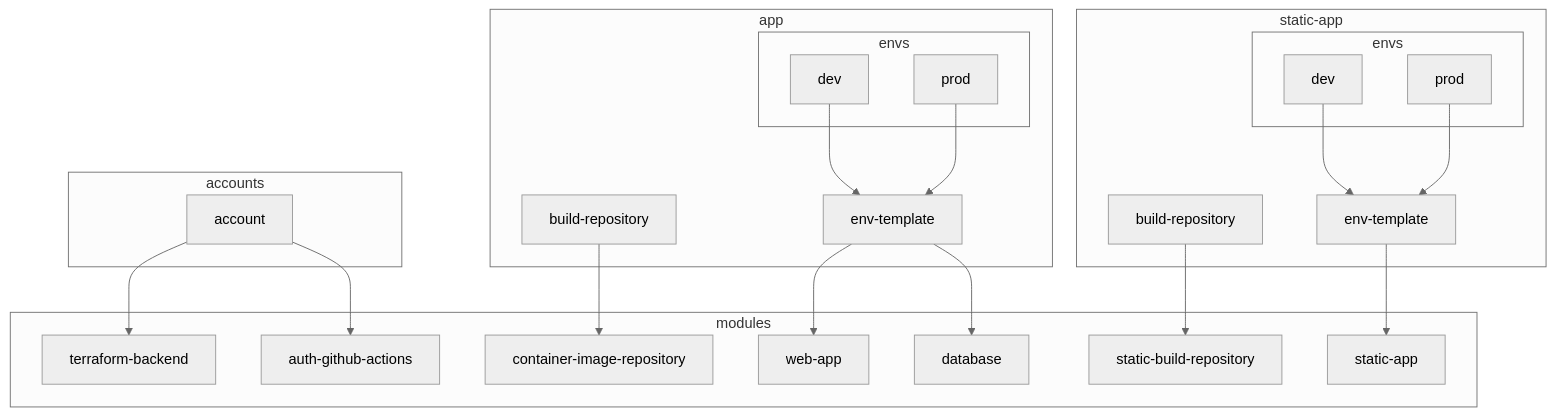
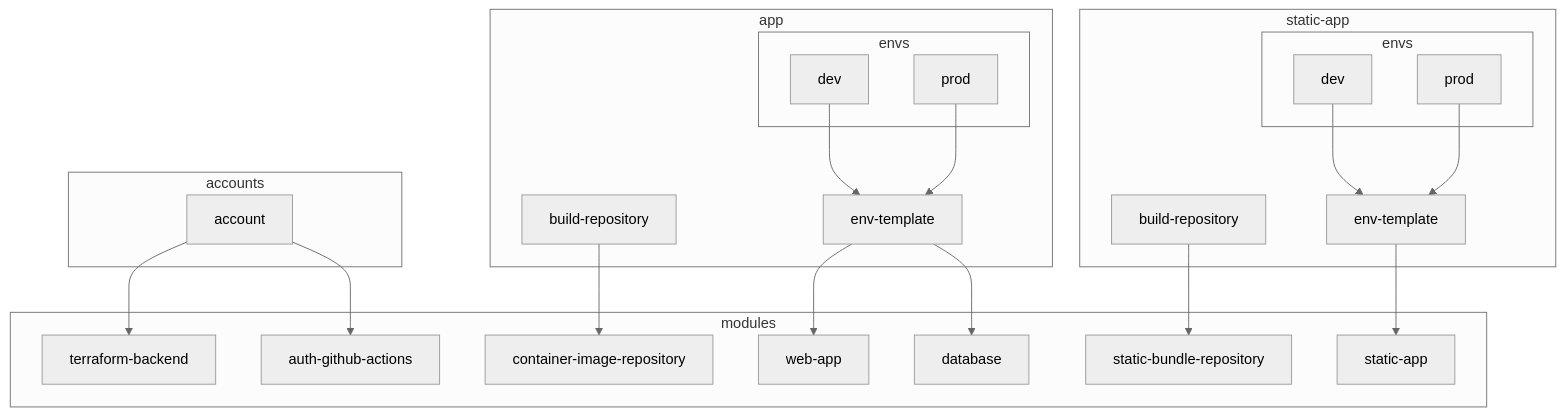
The first of 2 diagrams in docs/infra/module-architecture.md (navapbc/template-infra), drawn with Mermaid (neutral theme) before and after one commit.

Commit message:
Rename static build to static bundle

````diff
--- a/docs/infra/module-architecture.md
+++ b/docs/infra/module-architecture.md
@@ -28,51 +28,51 @@
 ```mermaid
 flowchart TB
 
   subgraph accounts
     account
   end
 
   subgraph app
     app/build-repository[build-repository]
     app/env-template[env-template]
 
     subgraph app/envs[envs]
       app/envs/dev[dev]
       app/envs/prod[prod]
     end
 
     app/envs/dev --> app/env-template
     app/envs/prod --> app/env-template
   end
 
   subgraph static-app
     static-app/build-repository[build-repository]
     static-app/env-template[env-template]
 
     subgraph static-app/envs[envs]
       static-app/envs/dev[dev]
       static-app/envs/prod[prod]
     end
 
     static-app/envs/dev --> static-app/env-template
     static-app/envs/prod --> static-app/env-template
   end
 
   subgraph modules
     terraform-backend
     auth-github-actions
     container-image-repository
     web-app
     database
-    static-build-repository
+    static-bundle-repository
     modules/static-app[static-app]
   end
 
   account --> terraform-backend
   account --> auth-github-actions
   app/build-repository --> container-image-repository
   app/env-template --> web-app
   app/env-template --> database
-  static-app/build-repository --> static-build-repository
+  static-app/build-repository --> static-bundle-repository
   static-app/env-template --> modules/static-app
 ```
````
